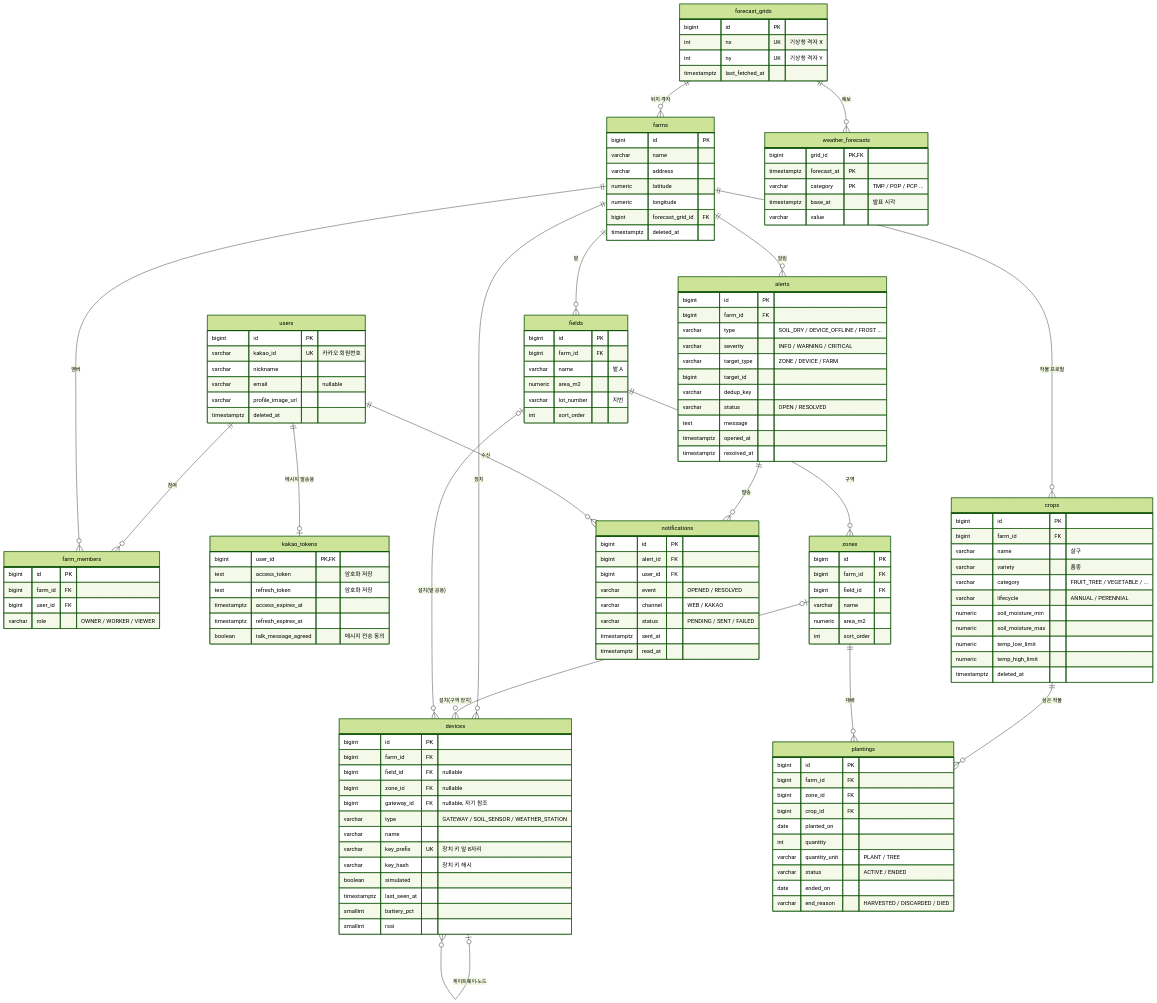
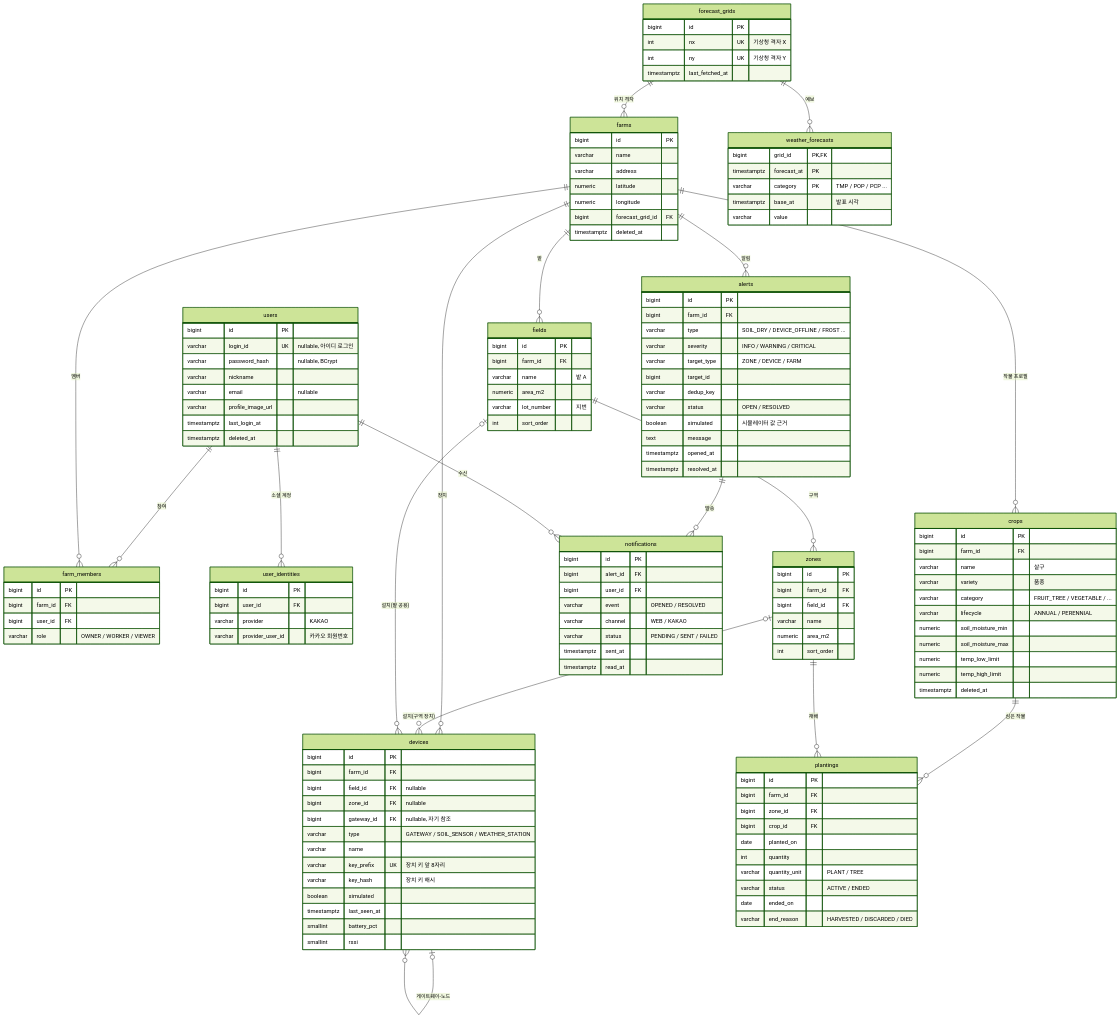
Before and after one commit to Poly-Etilen/jin-farm: the first of 2 diagrams in docs/04-domain-model.md, drawn with Mermaid (forest theme). The commit also changed other lines of this file and 6 other files, not shown here.

````diff
--- a/docs/04-domain-model.md
+++ b/docs/04-domain-model.md
@@ -20,7 +20,7 @@
 ```mermaid
 erDiagram
     users ||--o{ farm_members : "참여"
-    users ||--o| kakao_tokens : "메시지 발송용"
+    users ||--o{ user_identities : "소셜 계정"
     farms ||--o{ farm_members : "멤버"
     farms ||--o{ fields : "밭"
     fields ||--o{ zones : "구역"
@@ -39,19 +39,19 @@
 
     users {
         bigint id PK
-        varchar kakao_id UK "카카오 회원번호"
+        varchar login_id UK "nullable, 아이디 로그인"
+        varchar password_hash "nullable, BCrypt"
         varchar nickname
         varchar email "nullable"
         varchar profile_image_url
+        timestamptz last_login_at
         timestamptz deleted_at
     }
-    kakao_tokens {
-        bigint user_id PK,FK
-        text access_token "암호화 저장"
-        text refresh_token "암호화 저장"
-        timestamptz access_expires_at
-        timestamptz refresh_expires_at
-        boolean talk_message_agreed "메시지 전송 동의"
+    user_identities {
+        bigint id PK
+        bigint user_id FK
+        varchar provider "KAKAO"
+        varchar provider_user_id "카카오 회원번호"
     }
     farms {
         bigint id PK
@@ -146,6 +146,7 @@
         bigint target_id
         varchar dedup_key
         varchar status "OPEN / RESOLVED"
+        boolean simulated "시뮬레이터 값 근거"
         text message
         timestamptz opened_at
         timestamptz resolved_at
````
